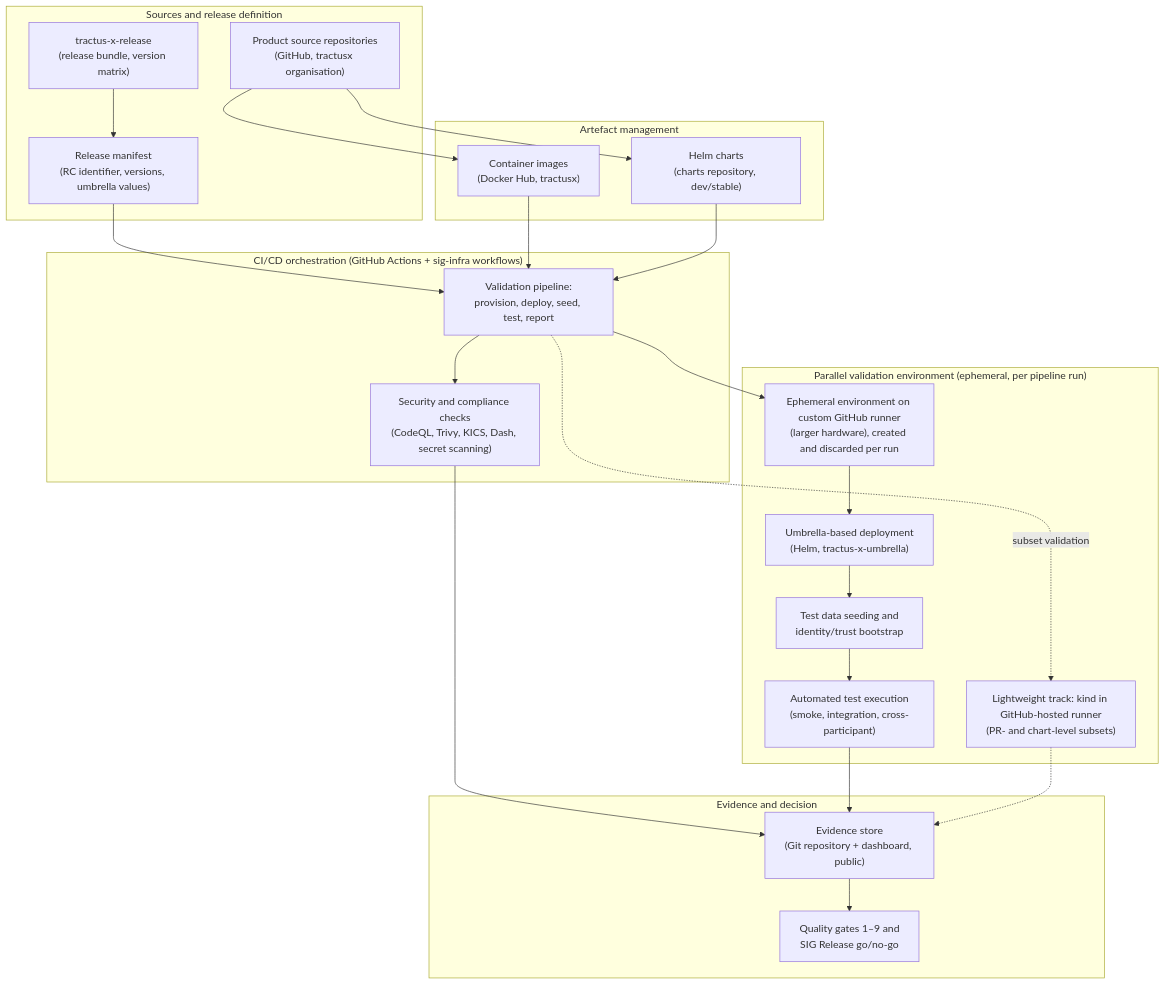
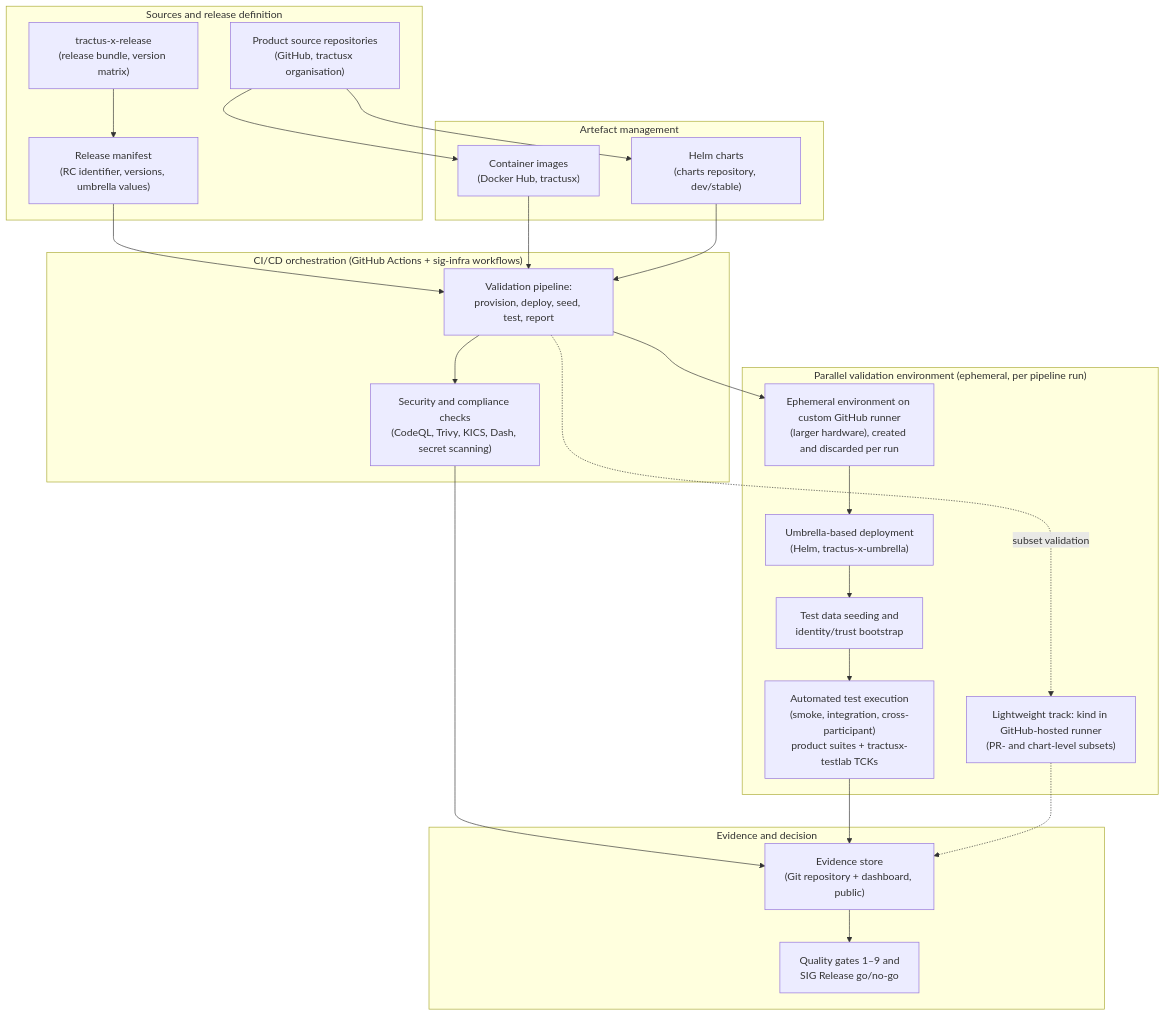
One commit to eclipse-tractusx/sig-release changed the fifth of 7 diagrams in docs/technical-release-engineering.md. Above: the diagram before and after it, drawn with Mermaid. The commit also changed other lines of this file, not shown here.

Commit message:
docs: add tractusx-testlab as E2E PoC candidate

````diff
--- a/docs/technical-release-engineering.md
+++ b/docs/technical-release-engineering.md
@@ -635,40 +637,40 @@
 ```mermaid
 flowchart TB
     subgraph sgDef["Sources and release definition"]
         SRC["Product source repositories<br/>(GitHub, tractusx organisation)"]
         TXR["tractus-x-release<br/>(release bundle, version matrix)"]
         RM["Release manifest<br/>(RC identifier, versions, umbrella values)"]
     end
     subgraph sgArt["Artefact management"]
         REG["Container images<br/>(Docker Hub, tractusx)"]
         CHR["Helm charts<br/>(charts repository, dev/stable)"]
     end
     subgraph sgCi["CI/CD orchestration (GitHub Actions + sig-infra workflows)"]
         PIPE["Validation pipeline:<br/>provision, deploy, seed, test, report"]
         SEC["Security and compliance checks<br/>(CodeQL, Trivy, KICS, Dash, secret scanning)"]
     end
     subgraph sgEnv["Parallel validation environment (ephemeral, per pipeline run)"]
         ENV["Ephemeral environment on custom GitHub runner<br/>(larger hardware), created and discarded per run"]
         UMB["Umbrella-based deployment<br/>(Helm, tractus-x-umbrella)"]
         SEED["Test data seeding and<br/>identity/trust bootstrap"]
-        TEST["Automated test execution<br/>(smoke, integration, cross-participant)"]
+        TEST["Automated test execution<br/>(smoke, integration, cross-participant)<br/>product suites + tractusx-testlab TCKs"]
         KIND["Lightweight track: kind in GitHub-hosted runner<br/>(PR- and chart-level subsets)"]
     end
     subgraph sgOut["Evidence and decision"]
         EVID["Evidence store<br/>(Git repository + dashboard, public)"]
         GATES["Quality gates 1–9 and<br/>SIG Release go/no-go"]
     end
     SRC --> REG
     SRC --> CHR
     TXR --> RM
     RM --> PIPE
     REG --> PIPE
     CHR --> PIPE
     PIPE --> ENV --> UMB --> SEED --> TEST
     PIPE --> SEC
     PIPE -.->|"subset validation"| KIND
     SEC --> EVID
     TEST --> EVID
     KIND -.-> EVID
     EVID --> GATES
 ```
````
